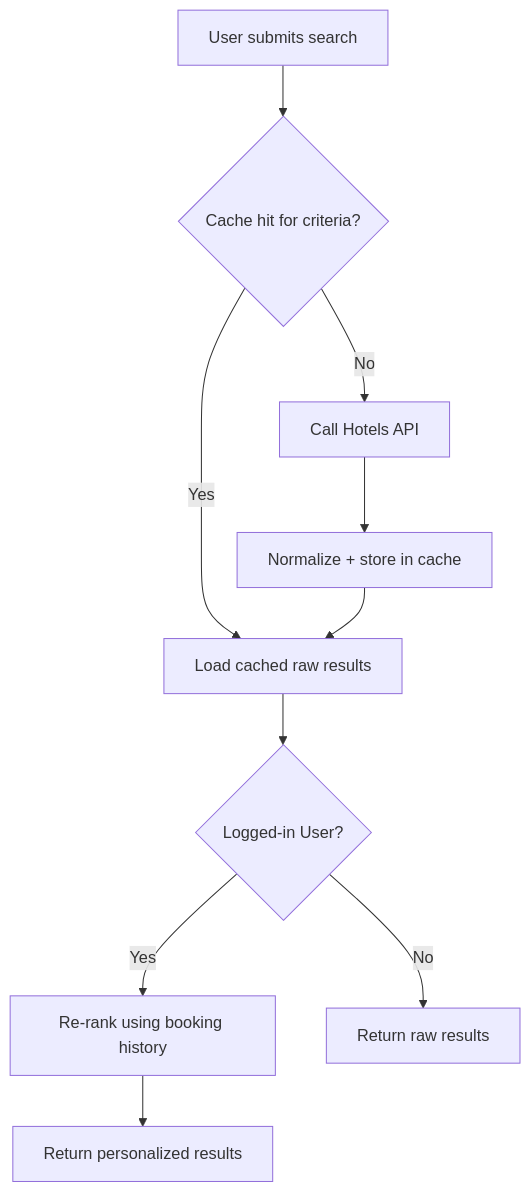
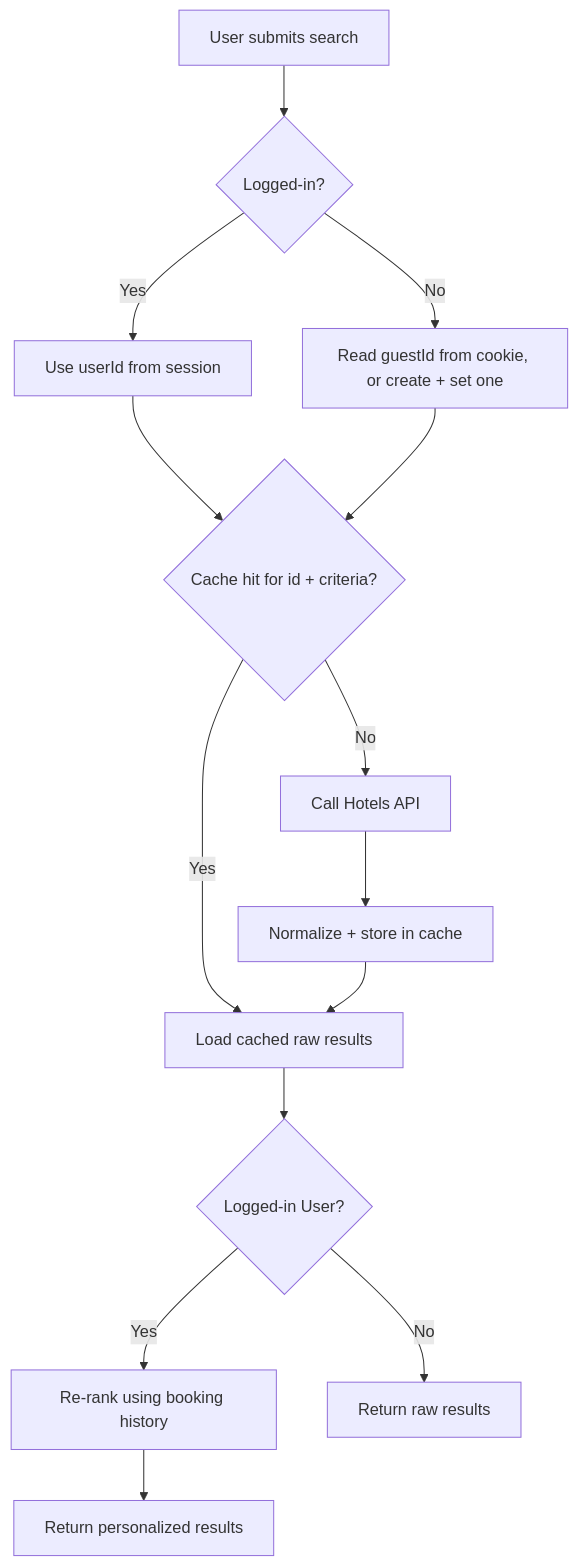
The diagram in caching-design.md (Backend-Mentor-ORG/booking), drawn with Mermaid before and after one commit. The commit also changed other lines of this file and 4 other files, not shown here.

First line of the commit message:
Apply lessons 0021-0023: compound cache key + guest identity, JSONB travellers

````diff
--- a/caching-design.md
+++ b/caching-design.md
@@ -52,12 +77,16 @@
 ```mermaid
 flowchart TD
-  A[User submits search] --> B{Cache hit for criteria?}
+  A[User submits search] --> Z{Logged-in?}
+  Z -- Yes --> Z1[Use userId from session]
+  Z -- No --> Z2[Read guestId from cookie, or create + set one]
+  Z1 --> B{Cache hit for id + criteria?}
+  Z2 --> B
   B -- Yes --> C[Load cached raw results]
   B -- No --> D[Call Hotels API]
   D --> E[Normalize + store in cache]
   E --> C
   C --> F{Logged-in User?}
   F -- Yes --> G[Re-rank using booking history]
   F -- No --> H[Return raw results]
   G --> I[Return personalized results]
 ```
````
